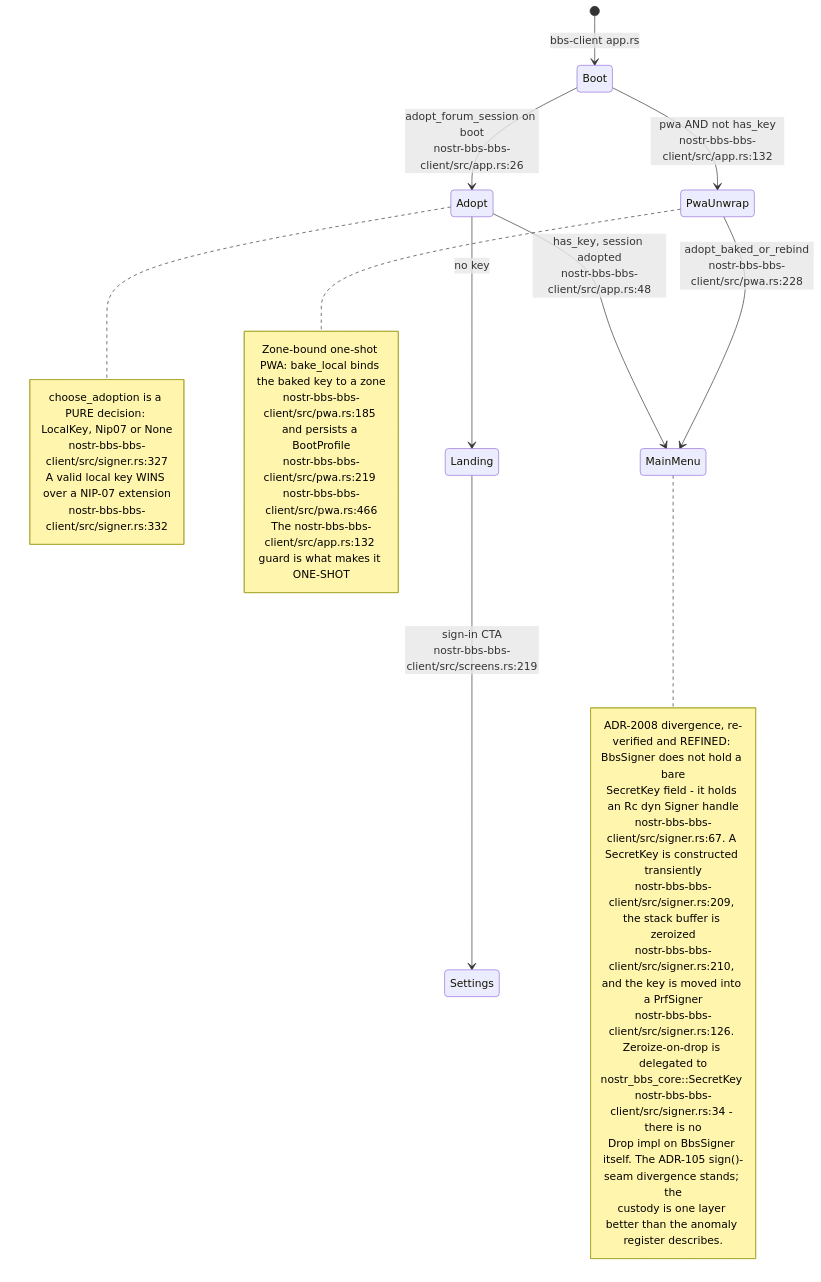
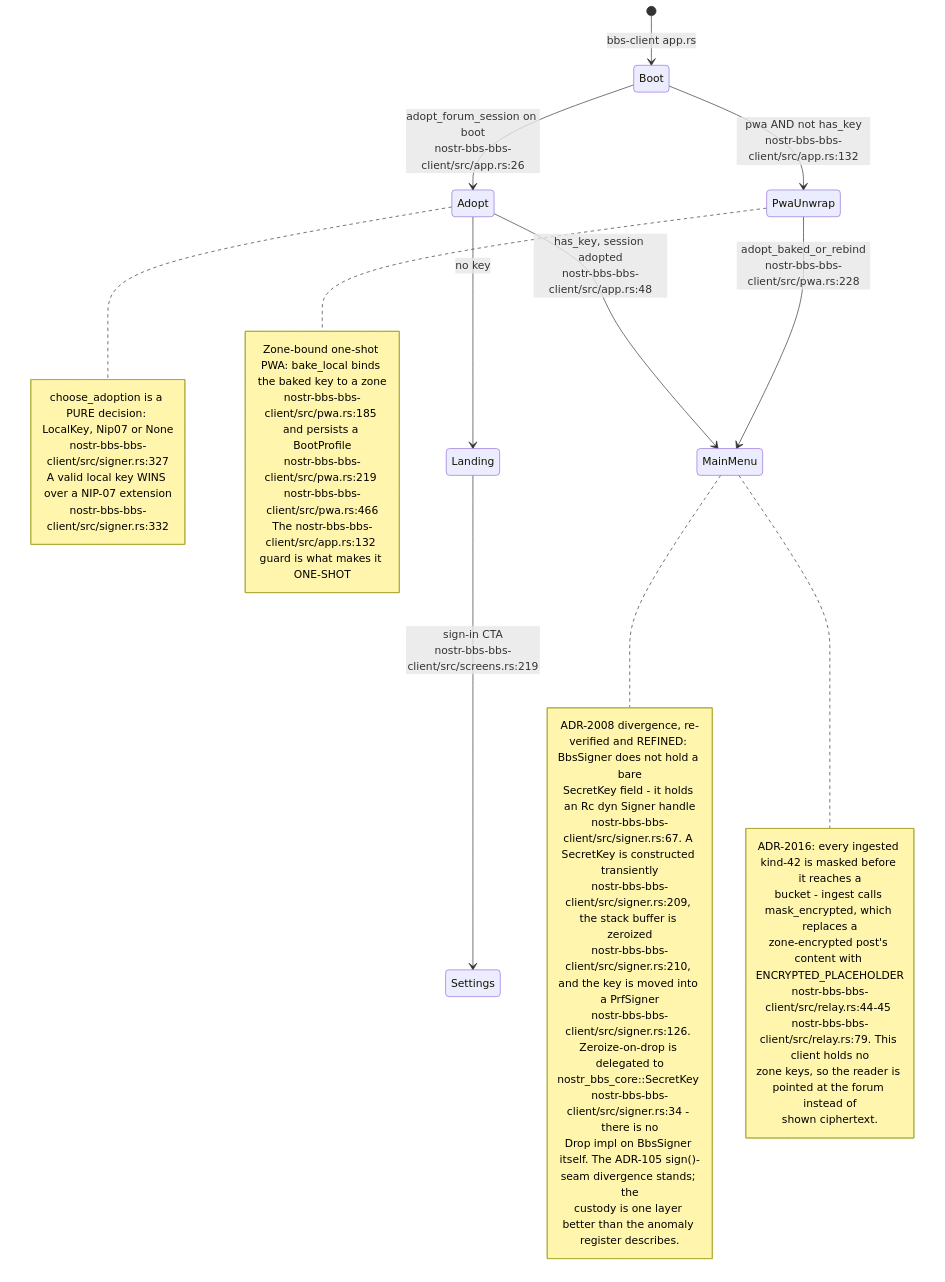
Diagram 11 of 16 in docs/diagrams/nostr-rust-forum/05-leptos-clients-onboarding-messaging-governance.md (DreamLab-AI/VisionFlow), drawn with Mermaid before and after one commit. The commit also changed other lines of this file and 136 other files, not shown here.

First line of the commit message:
docs(diagrams): refresh the whole corpus to code HEAD and prune low-value diagrams

````diff
--- a/docs/diagrams/nostr-rust-forum/05-leptos-clients-onboarding-messaging-governance.md
+++ b/docs/diagrams/nostr-rust-forum/05-leptos-clients-onboarding-messaging-governance.md
@@ -322,34 +338,42 @@
 ```mermaid
 stateDiagram-v2
     [*] --> Boot: bbs-client app.rs
     Boot --> Adopt: adopt_forum_session on boot<br/>nostr-bbs-bbs-client/src/app.rs:26
     Adopt --> MainMenu: has_key, session adopted<br/>nostr-bbs-bbs-client/src/app.rs:48
     Adopt --> Landing: no key
     Boot --> PwaUnwrap: pwa AND not has_key<br/>nostr-bbs-bbs-client/src/app.rs:132
     PwaUnwrap --> MainMenu: adopt_baked_or_rebind<br/>nostr-bbs-bbs-client/src/pwa.rs:228
     Landing --> Settings: sign-in CTA<br/>nostr-bbs-bbs-client/src/screens.rs:219
 
     note right of Adopt
         choose_adoption is a PURE decision: LocalKey, Nip07 or None
         nostr-bbs-bbs-client/src/signer.rs:327
         A valid local key WINS over a NIP-07 extension
         nostr-bbs-bbs-client/src/signer.rs:332
     end note
     note right of PwaUnwrap
         Zone-bound one-shot PWA: bake_local binds the baked key to a zone
         nostr-bbs-bbs-client/src/pwa.rs:185 and persists a BootProfile
         nostr-bbs-bbs-client/src/pwa.rs:219 nostr-bbs-bbs-client/src/pwa.rs:466
         The nostr-bbs-bbs-client/src/app.rs:132 guard is what makes it ONE-SHOT
     end note
     note right of MainMenu
         ADR-2008 divergence, re-verified and REFINED: BbsSigner does not hold a bare
         SecretKey field - it holds an Rc dyn Signer handle
         nostr-bbs-bbs-client/src/signer.rs:67. A SecretKey is constructed transiently
         nostr-bbs-bbs-client/src/signer.rs:209, the stack buffer is zeroized
         nostr-bbs-bbs-client/src/signer.rs:210, and the key is moved into a PrfSigner
         nostr-bbs-bbs-client/src/signer.rs:126. Zeroize-on-drop is delegated to
         nostr_bbs_core::SecretKey nostr-bbs-bbs-client/src/signer.rs:34 - there is no
         Drop impl on BbsSigner itself. The ADR-105 sign()-seam divergence stands; the
         custody is one layer better than the anomaly register describes.
     end note
+    note right of MainMenu
+        ADR-2016: every ingested kind-42 is masked before it reaches a
+        bucket - ingest calls mask_encrypted, which replaces a
+        zone-encrypted post's content with ENCRYPTED_PLACEHOLDER
+        nostr-bbs-bbs-client/src/relay.rs:44-45 nostr-bbs-bbs-client/src/relay.rs:79. This client holds no
+        zone keys, so the reader is pointed at the forum instead of
+        shown ciphertext.
+    end note
 ```
````
